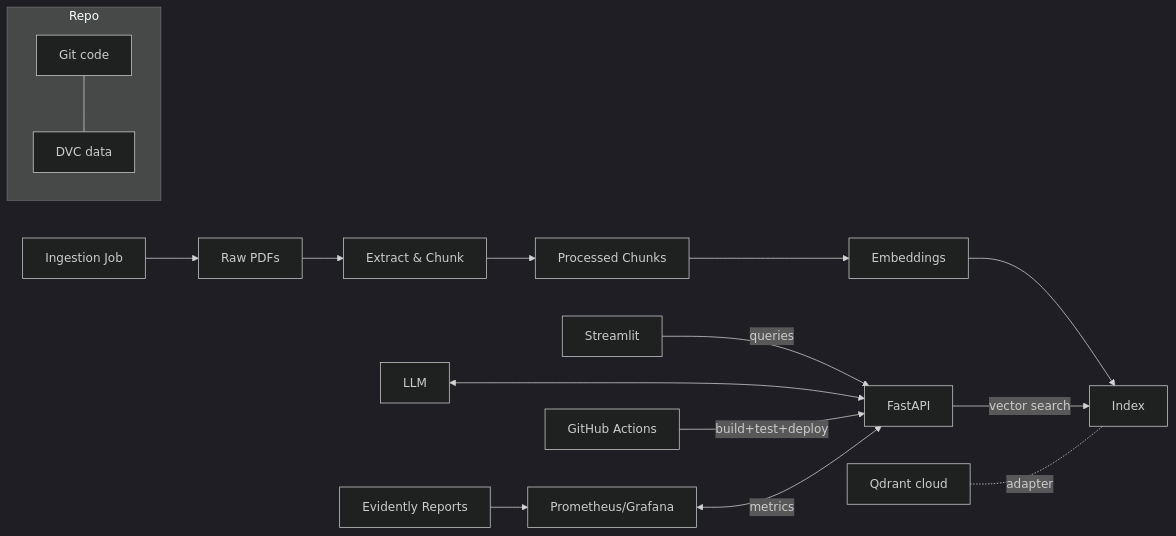
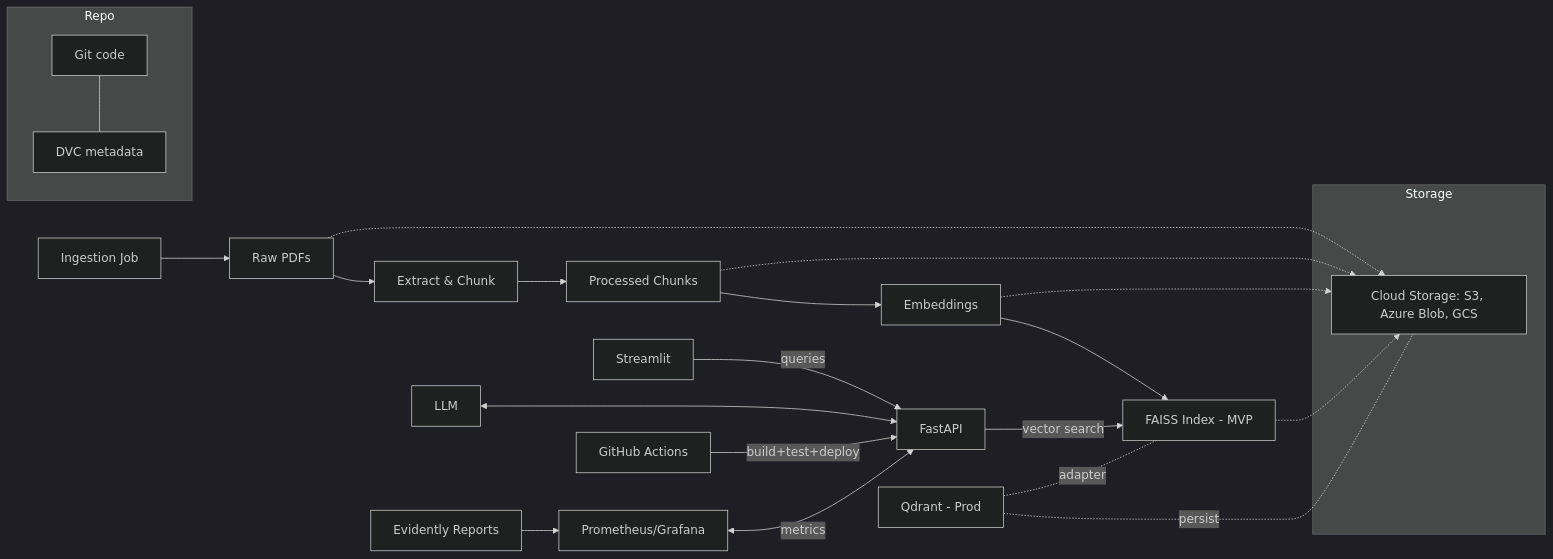
The diagram in README.md (ShanthiDev/RAG_MVP), drawn with Mermaid (dark theme) before and after one commit. The commit also changed other lines of this file, not shown here.

Commit message:
updated Readme.md Project Proposal

````diff
--- a/README.md
+++ b/README.md
@@ -74,16 +81,30 @@
 ```mermaid
 flowchart LR
   subgraph Repo
-    GIT[Git code] --- DVC[DVC data]
+    GIT[Git code] --- DVC[DVC metadata]
   end
+
   INJ[Ingestion Job] --> RAW[Raw PDFs]
   RAW --> EXT[Extract & Chunk] --> PROC[Processed Chunks]
-  PROC --> EMB[Embeddings] --> IDX[Index]
+  PROC --> EMB[Embeddings] --> IDX[FAISS Index - MVP]
+
+  subgraph Storage
+    CS[Cloud Storage: S3, Azure Blob, GCS]
+  end
+
+  RAW -.-> CS
+  PROC -.-> CS
+  EMB -.-> CS
+  IDX -.-> CS
+
   API[FastAPI] -->|vector search| IDX
   UI[Streamlit] -->|queries| API
   LLM[LLM] <---> API
+
   CI[GitHub Actions] -->|build+test+deploy| API
   MON[Prometheus/Grafana] <-->|metrics| API
   DRIFT[Evidently Reports] --> MON
-  QD[Qdrant cloud] -. adapter .- IDX
+
+  QD[Qdrant - Prod] -. adapter .- IDX
+  QD -. persist .- CS
 ```
````
